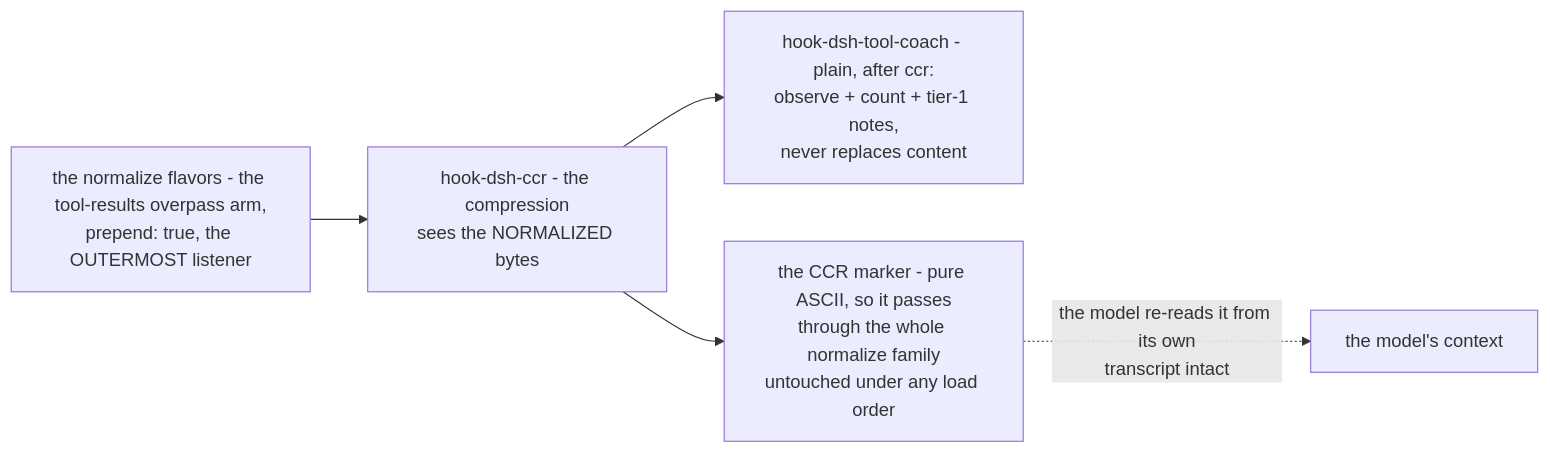
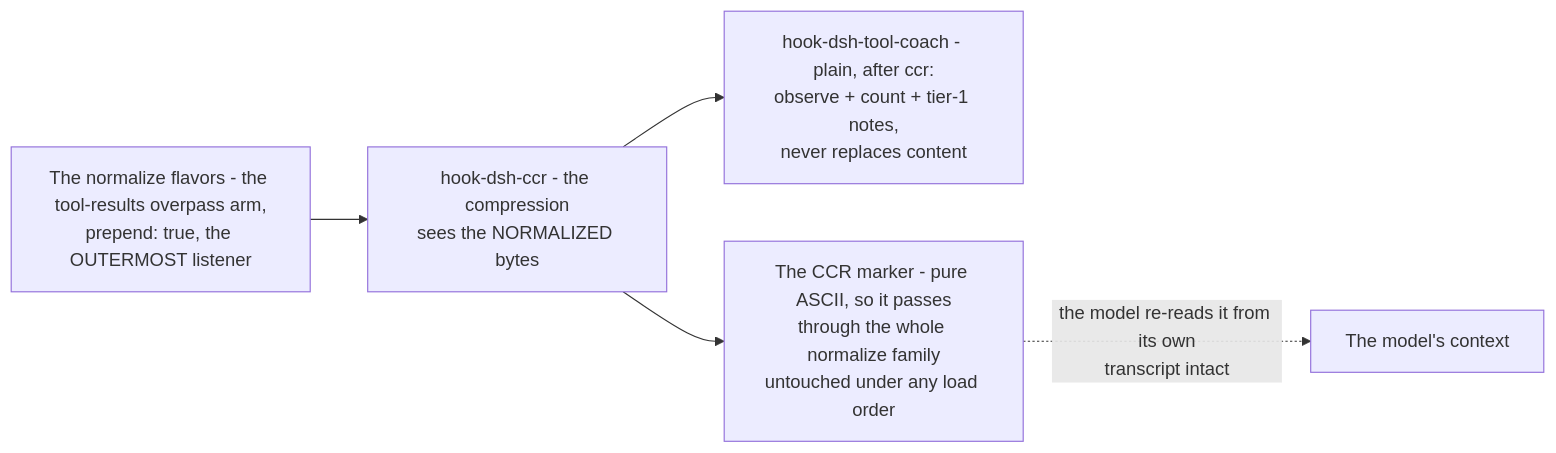
The diagram in Source/Content/Mermaid/ccr-overpass-ordering.mmd (PlayForm/Site-DeepSeek), drawn with Mermaid before and after one commit. The commit also changed 108 other files, not shown here.

```diff
--- a/Source/Content/Mermaid/ccr-overpass-ordering.mmd
+++ b/Source/Content/Mermaid/ccr-overpass-ordering.mmd
@@ -1,5 +1,5 @@
 flowchart LR
-	NORM["the normalize flavors - the tool-results overpass arm,<br/>prepend: true, the OUTERMOST listener"] --> CCRR["hook-dsh-ccr - the compression<br/>sees the NORMALIZED bytes"]
+	NORM["The normalize flavors - the tool-results overpass arm,<br/>prepend: true, the OUTERMOST listener"] --> CCRR["hook-dsh-ccr - the compression<br/>sees the NORMALIZED bytes"]
 	CCRR --> COACH["hook-dsh-tool-coach - plain, after ccr:<br/>observe + count + tier-1 notes,<br/>never replaces content"]
-	CCRR --> MARK["the CCR marker - pure ASCII, so it passes<br/>through the whole normalize family<br/>untouched under any load order"]
-	MARK -. "the model re-reads it from its own<br/>transcript intact" .-> MODEL["the model's context"]
+	CCRR --> MARK["The CCR marker - pure ASCII, so it passes<br/>through the whole normalize family<br/>untouched under any load order"]
+	MARK -. "the model re-reads it from its own<br/>transcript intact" .-> MODEL["The model's context"]
```
